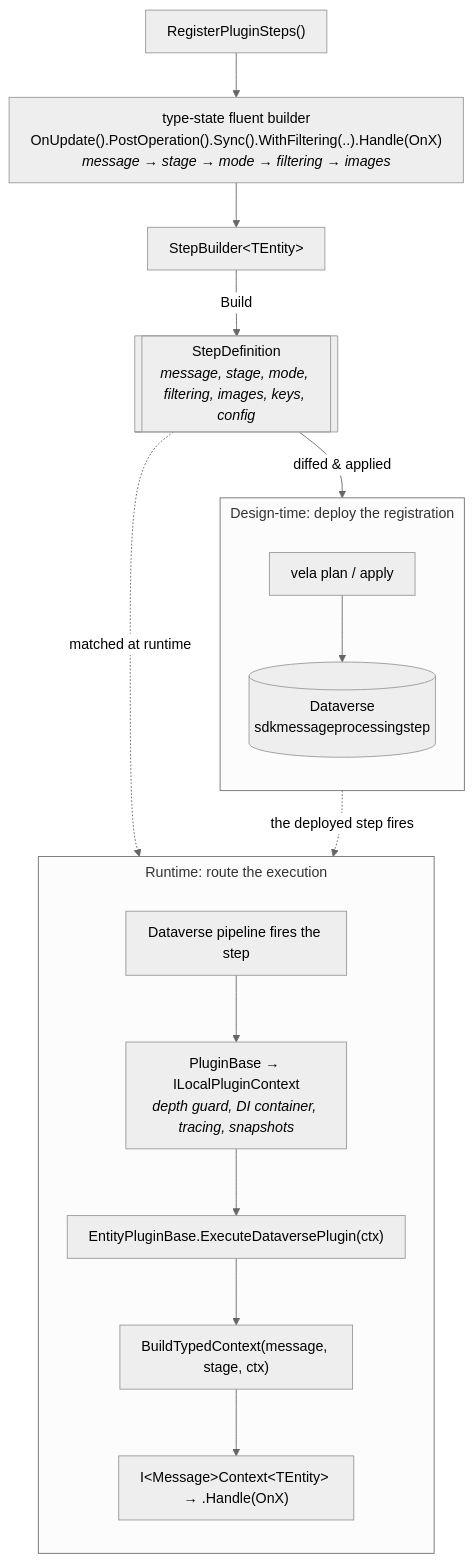
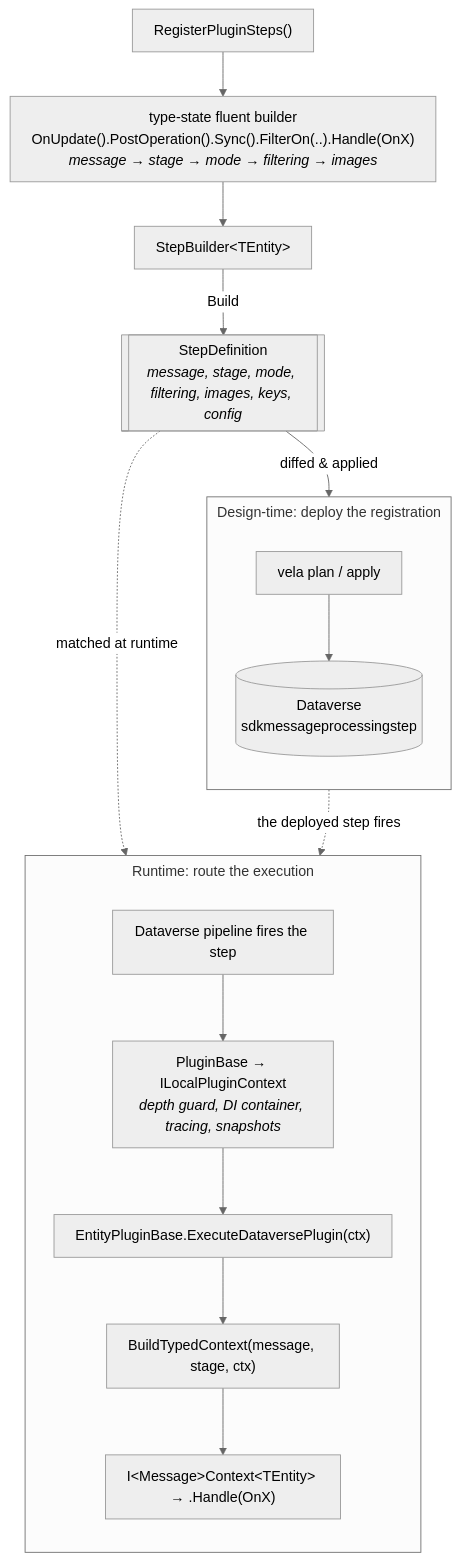
Before and after one commit to allandecastro/vela: the diagram in docs/advanced/architecture.md, drawn with Mermaid (neutral theme). The commit also changed 31 other files, not shown here.

First line of the commit message:
refactor(builder)!: rename WithFiltering to FilterOn

````diff
--- a/docs/advanced/architecture.md
+++ b/docs/advanced/architecture.md
@@ -49,31 +49,31 @@
 ```mermaid
 %%{init: {"flowchart": {"subGraphTitleMargin": {"top": 6, "bottom": 18}, "nodeSpacing": 45, "rankSpacing": 50, "padding": 12}}}%%
 flowchart TB
     A["RegisterPluginSteps()"]
-    B["type-state fluent builder<br/>OnUpdate().PostOperation().Sync().WithFiltering(..).Handle(OnX)<br/><i>message → stage → mode → filtering → images</i>"]
+    B["type-state fluent builder<br/>OnUpdate().PostOperation().Sync().FilterOn(..).Handle(OnX)<br/><i>message → stage → mode → filtering → images</i>"]
     C["StepBuilder&lt;TEntity&gt;"]
     SD[["StepDefinition<br/><i>message, stage, mode, filtering, images, keys, config</i>"]]
     A --> B --> C
     C -->|Build| SD
 
     subgraph deploy ["Design-time: deploy the registration"]
         direction TB
         E["vela plan / apply"]
         F[("Dataverse<br/>sdkmessageprocessingstep")]
         E --> F
     end
 
     subgraph runtime ["Runtime: route the execution"]
         direction TB
         G["Dataverse pipeline fires the step"]
         I["PluginBase → ILocalPluginContext<br/><i>depth guard, DI container, tracing, snapshots</i>"]
         K["EntityPluginBase.ExecuteDataversePlugin(ctx)"]
         L["BuildTypedContext(message, stage, ctx)"]
         N["I&lt;Message&gt;Context&lt;TEntity&gt; → .Handle(OnX)"]
         G --> I --> K --> L --> N
     end
 
     SD -->|diffed & applied| E
     SD -. "matched at runtime" .-> K
     F -. "the deployed step fires" .-> G
 ```
````
